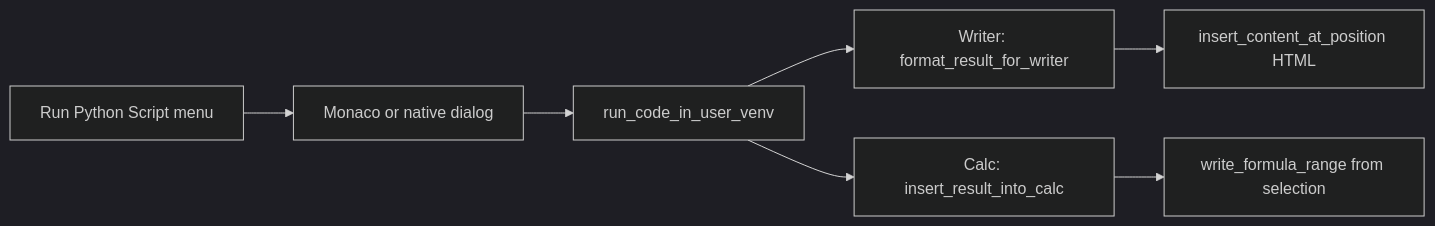
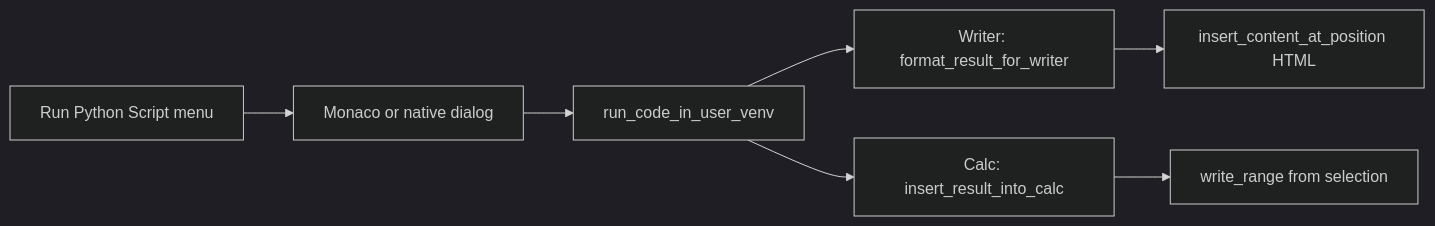
Before and after one commit to KeithCu/writeragent: the fourth of 9 diagrams in docs/scripting/librepy-split.md, drawn with Mermaid (dark theme). The commit also changed other lines of this file and 327 other files, not shown here.

````diff
--- a/docs/scripting/librepy-split.md
+++ b/docs/scripting/librepy-split.md
@@ -330,13 +330,13 @@
 ```mermaid
 flowchart LR
   menu[Run Python Script menu]
   dlg[Monaco or native dialog]
   venv[run_code_in_user_venv]
   w[Writer: format_result_for_writer]
   insW[insert_content_at_position HTML]
   c[Calc: insert_result_into_calc]
-  insC[write_formula_range from selection]
+  insC[write_range from selection]
   menu --> dlg --> venv
   venv --> w --> insW
   venv --> c --> insC
 ```
````
